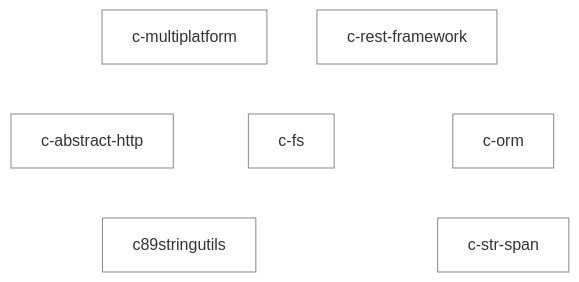
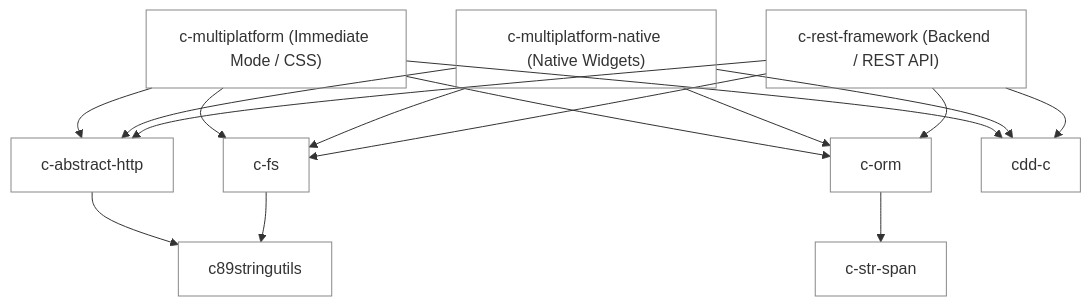
The diagram in README.md (SamuelMarks/c-multiplatform), drawn with Mermaid before and after one commit. The commit also changed other lines of this file and 907 other files, not shown here.

````diff
--- a/README.md
+++ b/README.md
@@ -60,26 +100,35 @@
 ```mermaid
 flowchart TD
     classDef default fill:none,stroke:#888,stroke-width:1px;
 
-    CMP["c-multiplatform"]
-    CRF["c-rest-framework"]
+    CMP["c-multiplatform (Immediate Mode / CSS)"]
+    CMN["c-multiplatform-native (Native Widgets)"]
+    CRF["c-rest-framework (Backend / REST API)"]
 
     HTTP["c-abstract-http"]
     FS["c-fs"]
     ORM["c-orm"]
+    CDD["cdd-c"]
 
     UTILS["c89stringutils"]
     SPAN["c-str-span"]
 
-    CMP ~~~ HTTP
-    CMP ~~~ FS
-    CMP ~~~ ORM
+    CMP --> HTTP
+    CMP --> FS
+    CMP --> ORM
+    CMP --> CDD
 
-    CRF ~~~ HTTP
-    CRF ~~~ FS
-    CRF ~~~ ORM
+    CMN --> HTTP
+    CMN --> FS
+    CMN --> ORM
+    CMN --> CDD
 
-    HTTP ~~~ UTILS
-    FS ~~~ UTILS
-    ORM ~~~ SPAN
+    CRF --> HTTP
+    CRF --> FS
+    CRF --> ORM
+    CRF --> CDD
+
+    HTTP --> UTILS
+    FS --> UTILS
+    ORM --> SPAN
 ```
````
